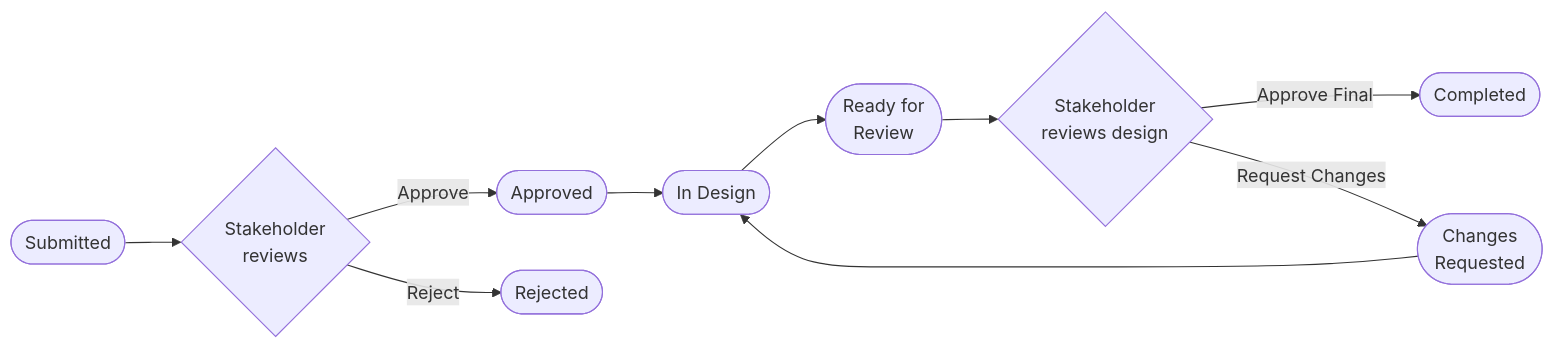
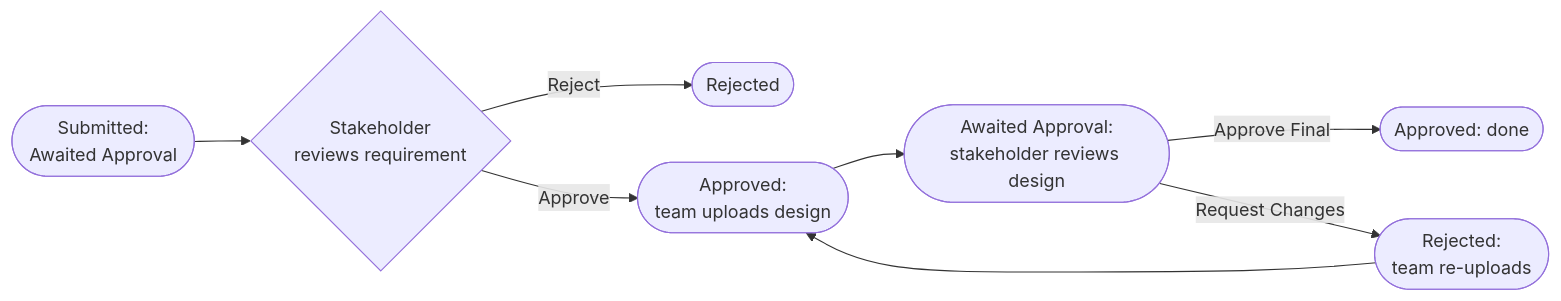
One commit to marketing-zopper/design-request-tool changed the diagram in README.md. Above: the diagram before and after it, drawn with Mermaid. The commit also changed other lines of this file and 8 other files, not shown here.

First line of the commit message:
Collapse request statuses to 3 (Awaited Approval / Approved / Rejected)

````diff
--- a/README.md
+++ b/README.md
@@ -119,12 +131,9 @@
 ```mermaid
 flowchart LR
-    A([Submitted]) --> B{Stakeholder<br/>reviews}
-    B -->|Approve| C([Approved])
+    A([Submitted:<br/>Awaited Approval]) --> B{Stakeholder<br/>reviews requirement}
     B -->|Reject| X([Rejected])
-    C --> D([In Design])
-    D --> E([Ready for<br/>Review])
-    E --> F{Stakeholder<br/>reviews design}
-    F -->|Approve Final| G([Completed])
-    F -->|Request Changes| H([Changes<br/>Requested])
-    H --> D
+    B -->|Approve| C([Approved:<br/>team uploads design])
+    C --> D([Awaited Approval:<br/>stakeholder reviews design])
+    D -->|Approve Final| E([Approved: done])
+    D -->|Request Changes| Y([Rejected:<br/>team re-uploads]) --> C
 ```
````
